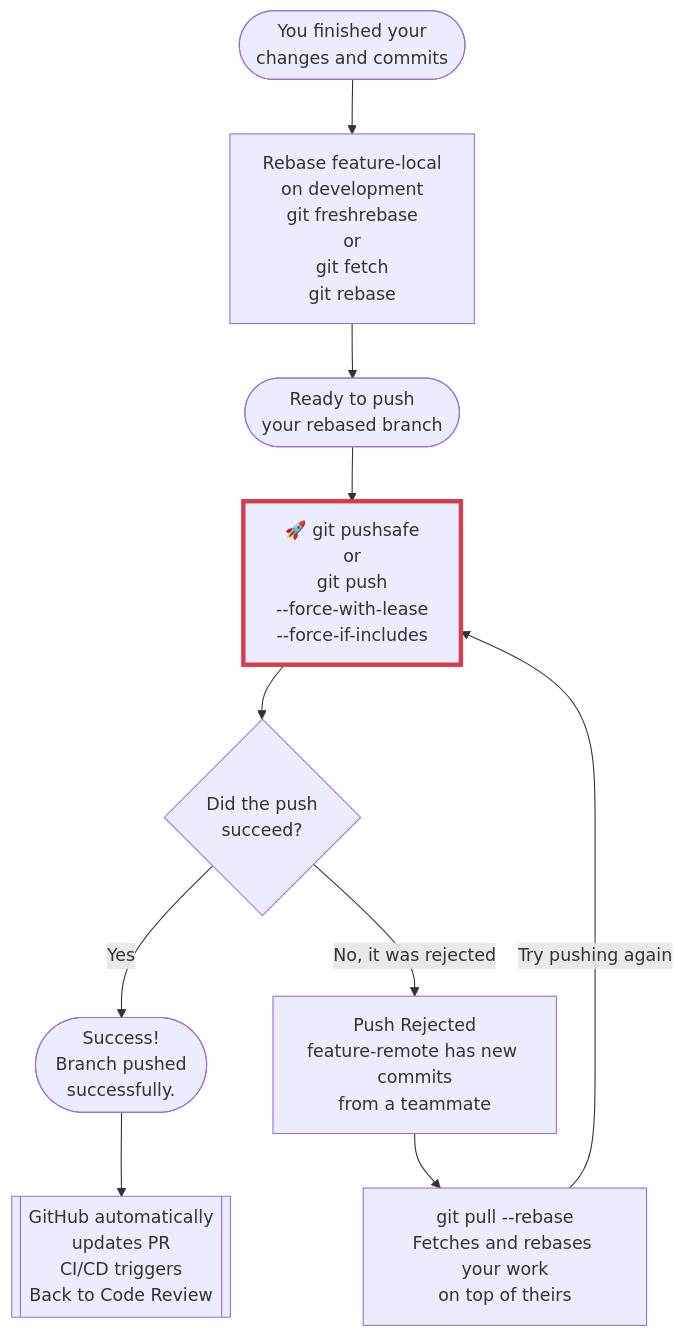
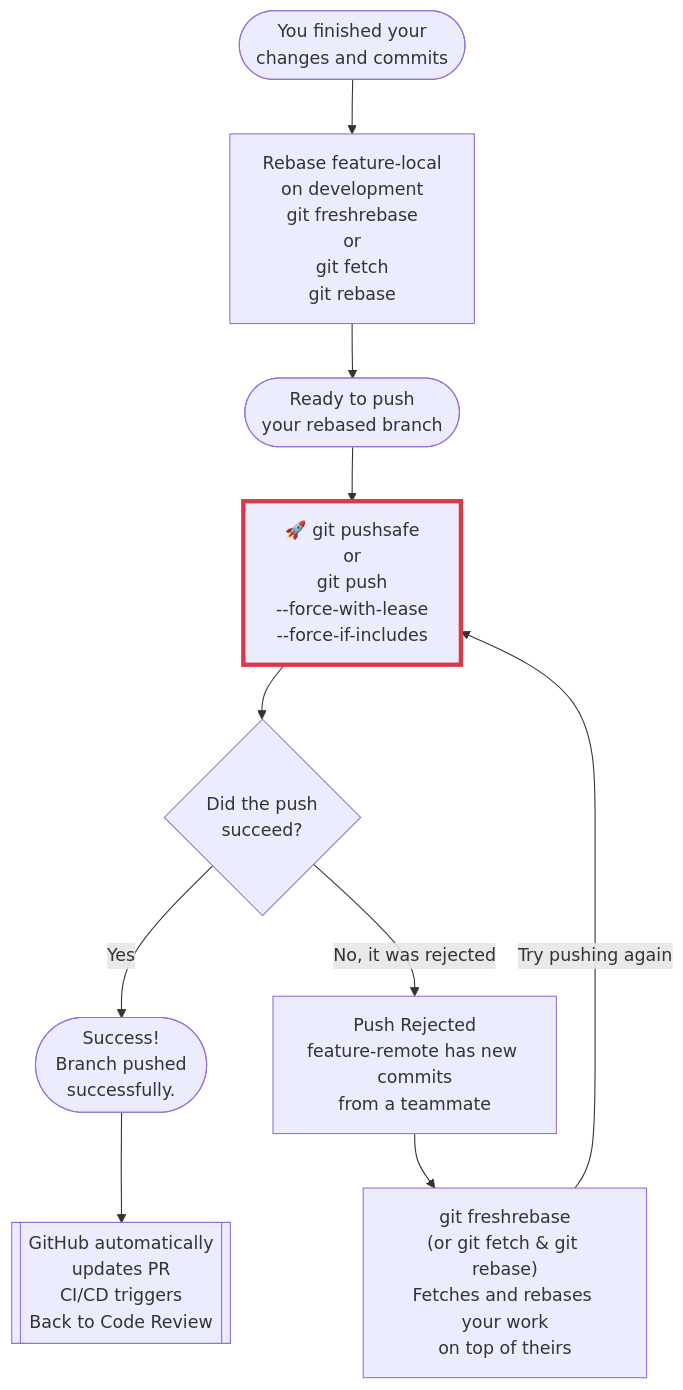
One commit to zurcacielos/git-rebase-explained-to-infinity changed the second of 14 diagrams in README.md. Above: the diagram before and after it, drawn with Mermaid.

Commit message:
fix issue of git pull

````diff
--- a/README.md
+++ b/README.md
@@ -123,43 +123,44 @@
 ```mermaid
 flowchart TD
     Start(["`You finished your
     changes and commits`"]) --> RebaseLocal["`Rebase feature-local
     on development
     git freshrebase
     or
     git fetch
     git rebase
     `"]
     
     RebaseLocal --> Ready(["`Ready to push
     your rebased branch`"])
     
     Ready --> Push1["`🚀 git pushsafe
     or
     git push
     --force-with-lease
     --force-if-includes`"]
     style Push1 stroke:#d73a49,stroke-width:4px
     
     Push1 --> Check1{"`Did the push
     succeed?`"}
     
     Check1 -- Yes --> Success1(["`Success!
     Branch pushed
     successfully.`"])
     
     Success1 --> AutoPR[["`GitHub automatically
     updates PR
     CI/CD triggers
     Back to Code Review`"]]
     
     Check1 -- No, it was rejected --> Rejected["`Push Rejected
     feature-remote has new commits
     from a teammate`"]
     
-    Rejected --> PullRebase["`git pull --rebase
+    Rejected --> PullRebase["`git freshrebase
+    (or git fetch & git rebase)
     Fetches and rebases your work
     on top of theirs`"]
     
     PullRebase -->|Try pushing again| Push1
 ```
````
